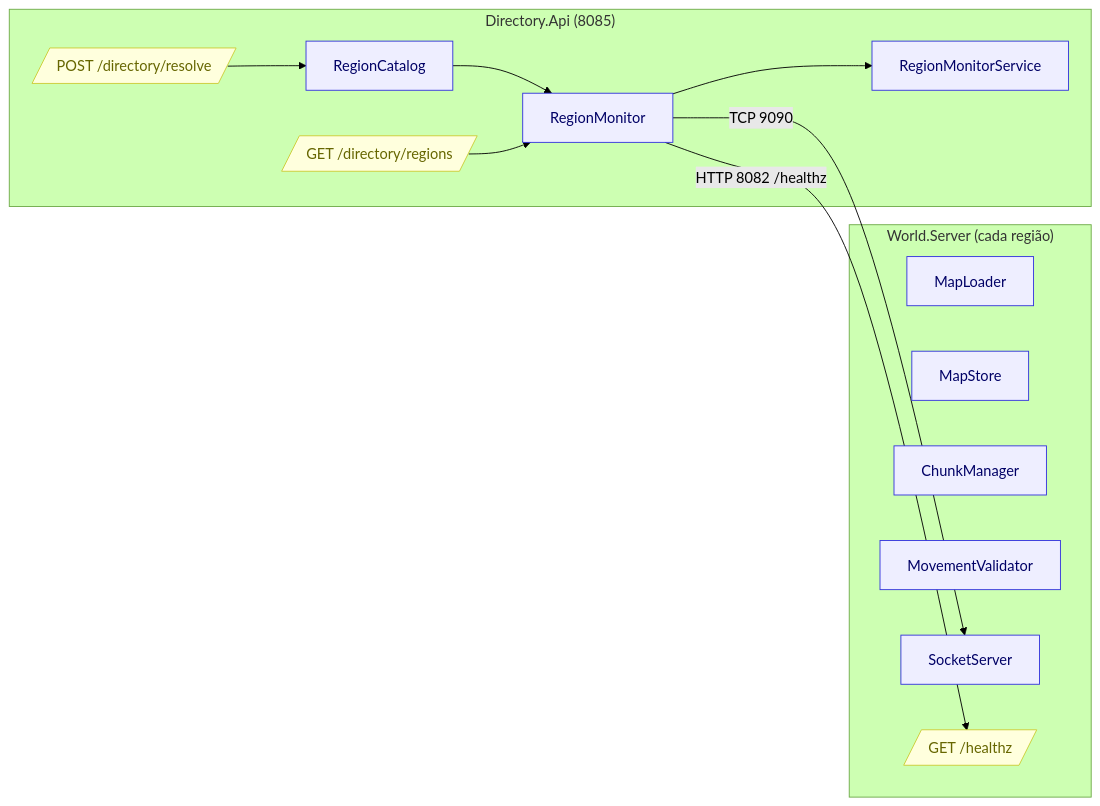
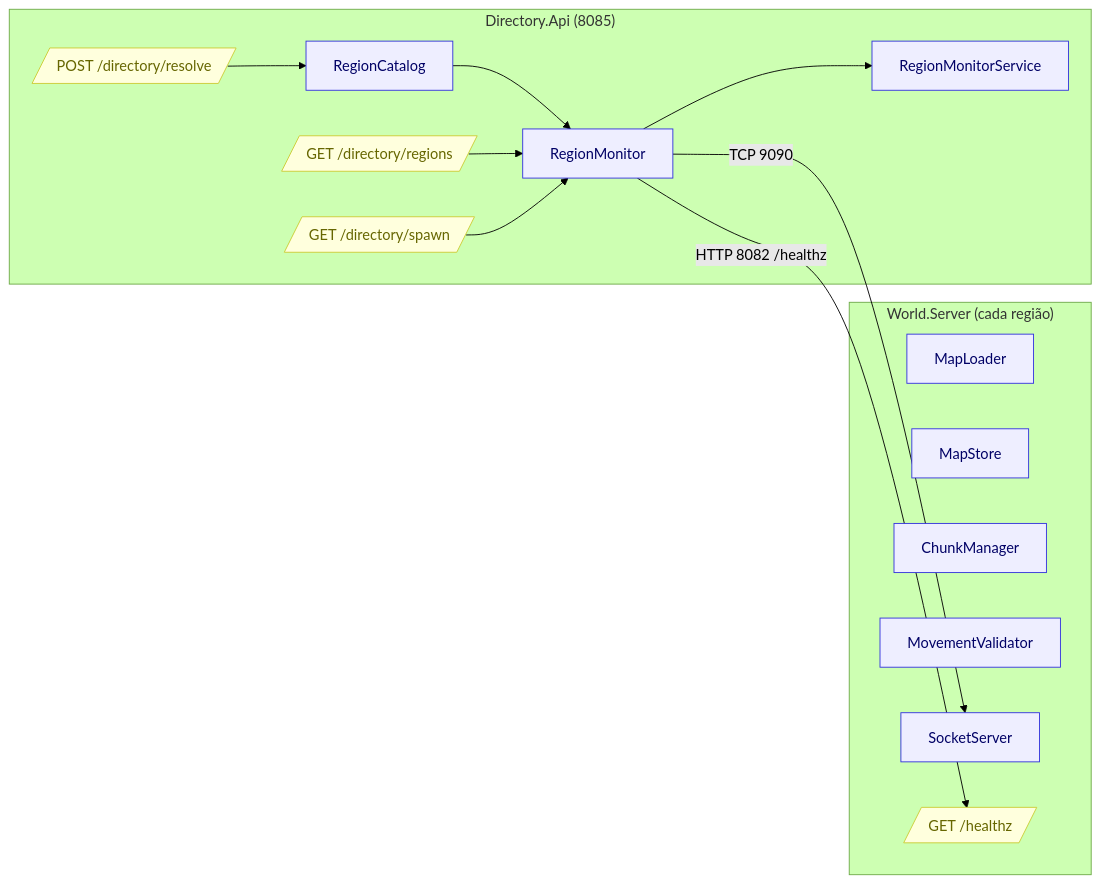
The third of 3 diagrams in docs/architecture/C4.md (leonardoigor/pokeMMo), drawn with Mermaid (forest theme) before and after one commit. The commit also changed other lines of this file and 17 other files, not shown here.

````diff
--- a/docs/architecture/C4.md
+++ b/docs/architecture/C4.md
@@ -79,28 +80,30 @@
 ```mermaid
 flowchart LR
   subgraph Directory["Directory.Api (8085)"]
     RC[RegionCatalog]:::comp
     RM[RegionMonitor]:::comp
     RMS[RegionMonitorService]:::comp
     EP1[/GET /directory/regions/]:::ep
     EP2[/POST /directory/resolve/]:::ep
+    EP3[/GET /directory/spawn/]:::ep
   end
   subgraph WorldServer["World.Server (cada região)"]
     MapLoader:::comp
     MapStore:::comp
     ChunkManager:::comp
     MovementValidator:::comp
     SocketServer:::comp
     Healthz[/GET /healthz/]:::ep
   end
 
   RC --> RM
   RM --> RMS
   EP1 --> RM
   EP2 --> RC
+  EP3 --> RM
   RM -->|HTTP 8082 /healthz| Healthz
   RM -->|TCP 9090| SocketServer
 
   classDef comp fill:#eef,stroke:#33d,color:#006;
   classDef ep fill:#ffd,stroke:#cc3,color:#660;
 ```
````
